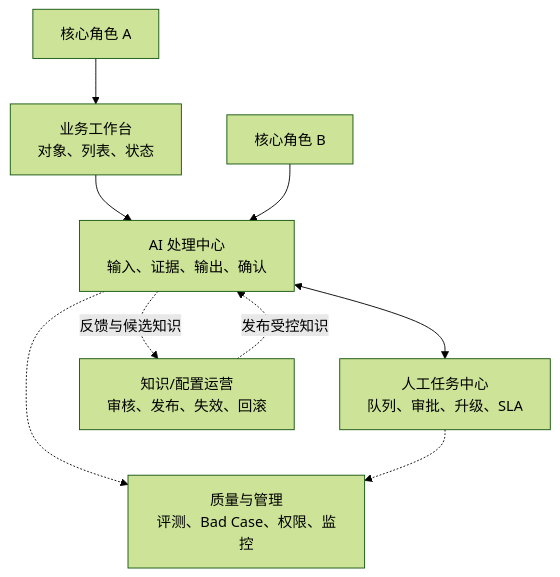
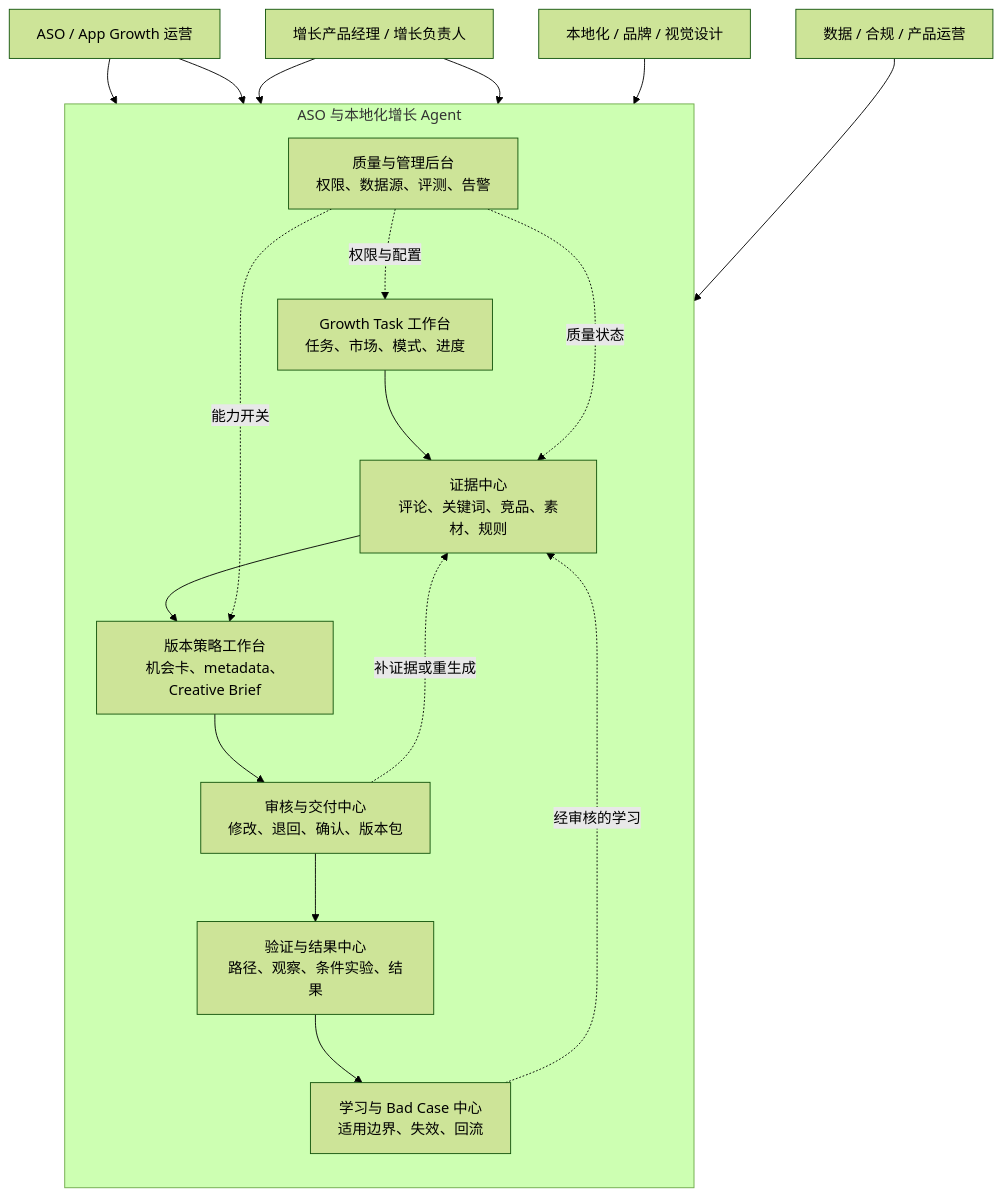
One commit to linkaka970105/ai-pm-adops-copilot changed the ninth of 19 diagrams in 03_prd/global_aso_localization_agent_prd_v2/全球_ASO_与本地化增长_Agent_PRD_v2.md. Above: the diagram before and after it, drawn with Mermaid (forest theme). The commit also changed other lines of this file and 1 other file, not shown here.

First line of the commit message:
Make the ASO MVP reviewable as a governed growth workflow

````diff
--- a/03_prd/global_aso_localization_agent_prd_v2/全球_ASO_与本地化增长_Agent_PRD_v2.md
+++ b/03_prd/global_aso_localization_agent_prd_v2/全球_ASO_与本地化增长_Agent_PRD_v2.md
@@ -730,18 +727,32 @@
 ```mermaid
 flowchart TB
-    U1["核心角色 A"]
-    U2["核心角色 B"]
-    P1["业务工作台<br/>对象、列表、状态"]
-    P2["AI 处理中心<br/>输入、证据、输出、确认"]
-    P3["人工任务中心<br/>队列、审批、升级、SLA"]
-    P4["知识/配置运营<br/>审核、发布、失效、回滚"]
-    P5["质量与管理<br/>评测、Bad Case、权限、监控"]
+    U1["ASO / App Growth 运营"]
+    U2["增长产品经理 / 增长负责人"]
+    U3["本地化 / 品牌 / 视觉设计"]
+    U4["数据 / 合规 / 产品运营"]
 
-    U1 --> P1 --> P2
-    U2 --> P2
-    P2 <--> P3
-    P4 -.->|发布受控知识| P2
-    P2 -.->|反馈与候选知识| P4
-    P2 -.-> P5
-    P3 -.-> P5
+    subgraph product["ASO 与本地化增长 Agent"]
+        direction TB
+        P1["Growth Task 工作台<br/>任务、市场、模式、进度"]
+        P2["证据中心<br/>评论、关键词、竞品、素材、规则"]
+        P3["版本策略工作台<br/>机会卡、metadata、Creative Brief"]
+        P4["审核与交付中心<br/>修改、退回、确认、版本包"]
+        P5["验证与结果中心<br/>路径、观察、条件实验、结果"]
+        P6["学习与 Bad Case 中心<br/>适用边界、失效、回流"]
+        P7["质量与管理后台<br/>权限、数据源、评测、告警"]
+
+        P1 --> P2 --> P3 --> P4 --> P5 --> P6
+        P4 -.->|补证据或重生成| P2
+        P6 -.->|经审核的学习| P2
+        P7 -.->|权限与配置| P1
+        P7 -.->|质量状态| P2
+        P7 -.->|能力开关| P3
+    end
+
+    U1 --> P1
+    U1 --> P3
+    U2 --> P1
+    U2 --> P5
+    U3 --> P4
+    U4 --> P7
 ```
````
